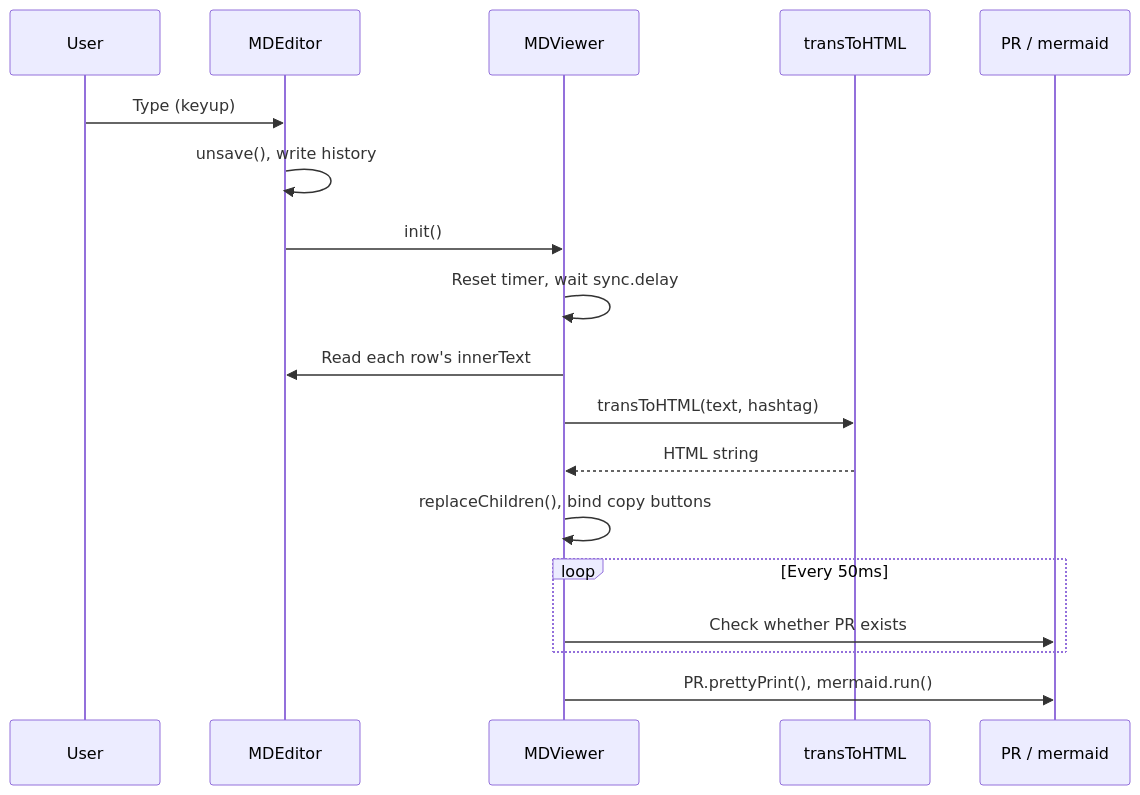
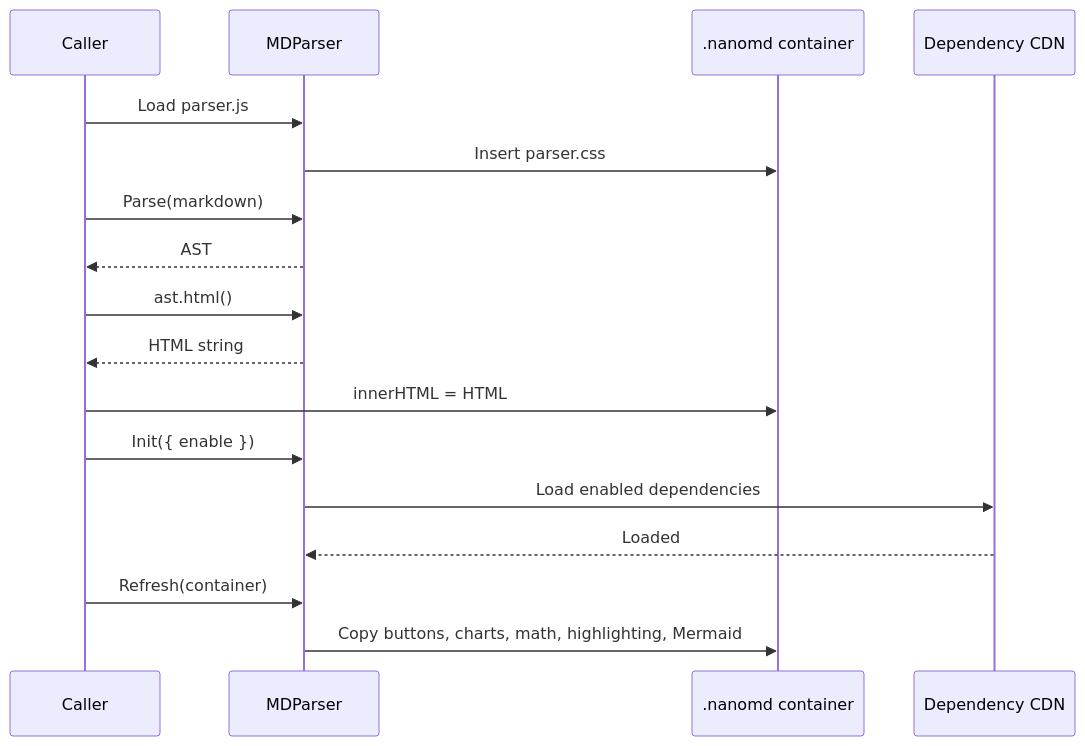
One commit to pardnchiu/NanoMD changed the seventh of 7 diagrams in doc/architecture.md. Above: the diagram before and after it, drawn with Mermaid. The commit also changed other lines of this file and 7 other files, not shown here.

````diff
--- a/doc/architecture.md
+++ b/doc/architecture.md
@@ -115,20 +143,19 @@
 ```mermaid
 sequenceDiagram
-    participant U as User
-    participant E as MDEditor
-    participant V as MDViewer
-    participant T as transToHTML
-    participant R as PR / mermaid
-    U->>E: Type (keyup)
-    E->>E: unsave(), write history
-    E->>V: init()
-    V->>V: Reset timer, wait sync.delay
-    V->>E: Read each row's innerText
-    V->>T: transToHTML(text, hashtag)
-    T-->>V: HTML string
-    V->>V: replaceChildren(), bind copy buttons
-    loop Every 50ms
-        V->>R: Check whether PR exists
-    end
-    V->>R: PR.prettyPrint(), mermaid.run()
+    participant App as Caller
+    participant P as MDParser
+    participant DOM as .nanomd container
+    participant CDN as Dependency CDN
+    App->>P: Load parser.js
+    P->>DOM: Insert parser.css
+    App->>P: Parse(markdown)
+    P-->>App: AST
+    App->>P: ast.html()
+    P-->>App: HTML string
+    App->>DOM: innerHTML = HTML
+    App->>P: Init({ enable })
+    P->>CDN: Load enabled dependencies
+    CDN-->>P: Loaded
+    App->>P: Refresh(container)
+    P->>DOM: Copy buttons, charts, math, highlighting, Mermaid
 ```
````
